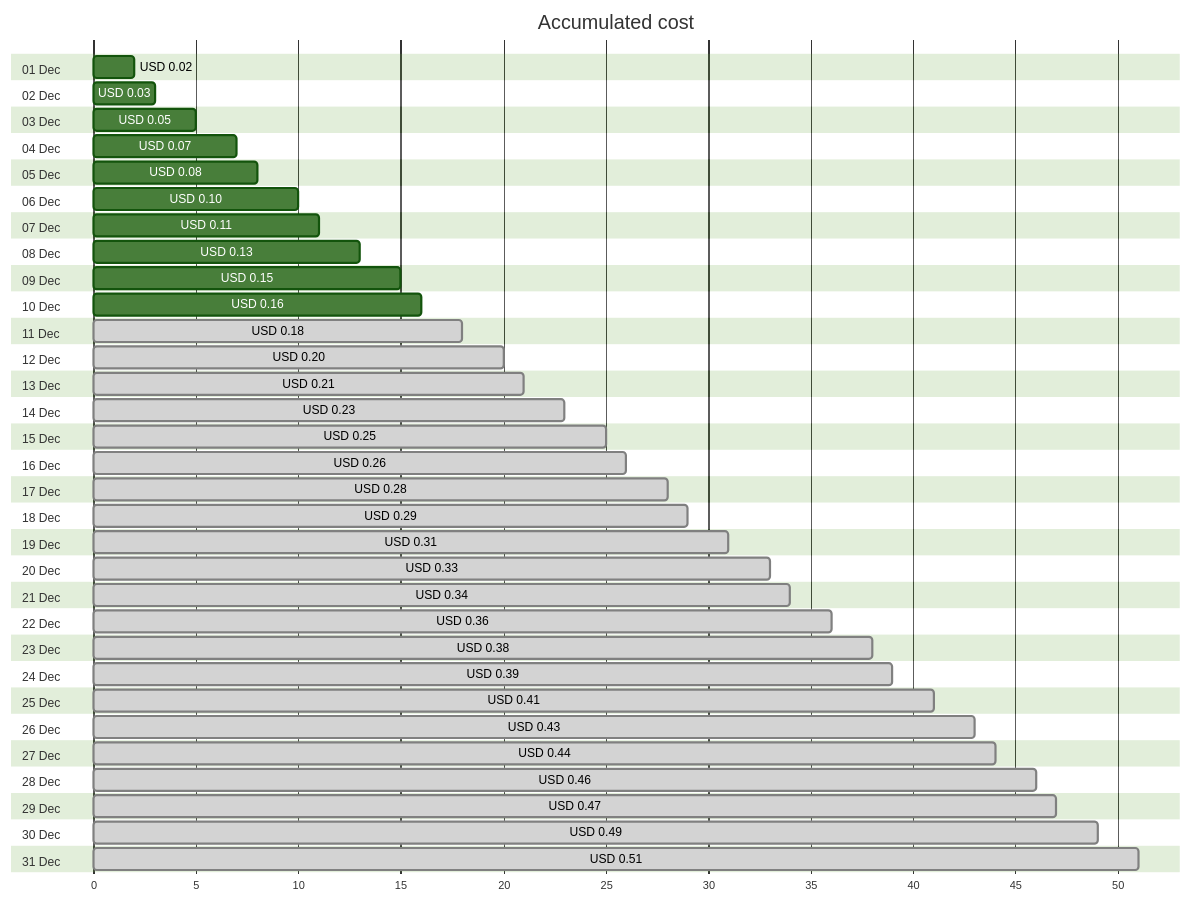
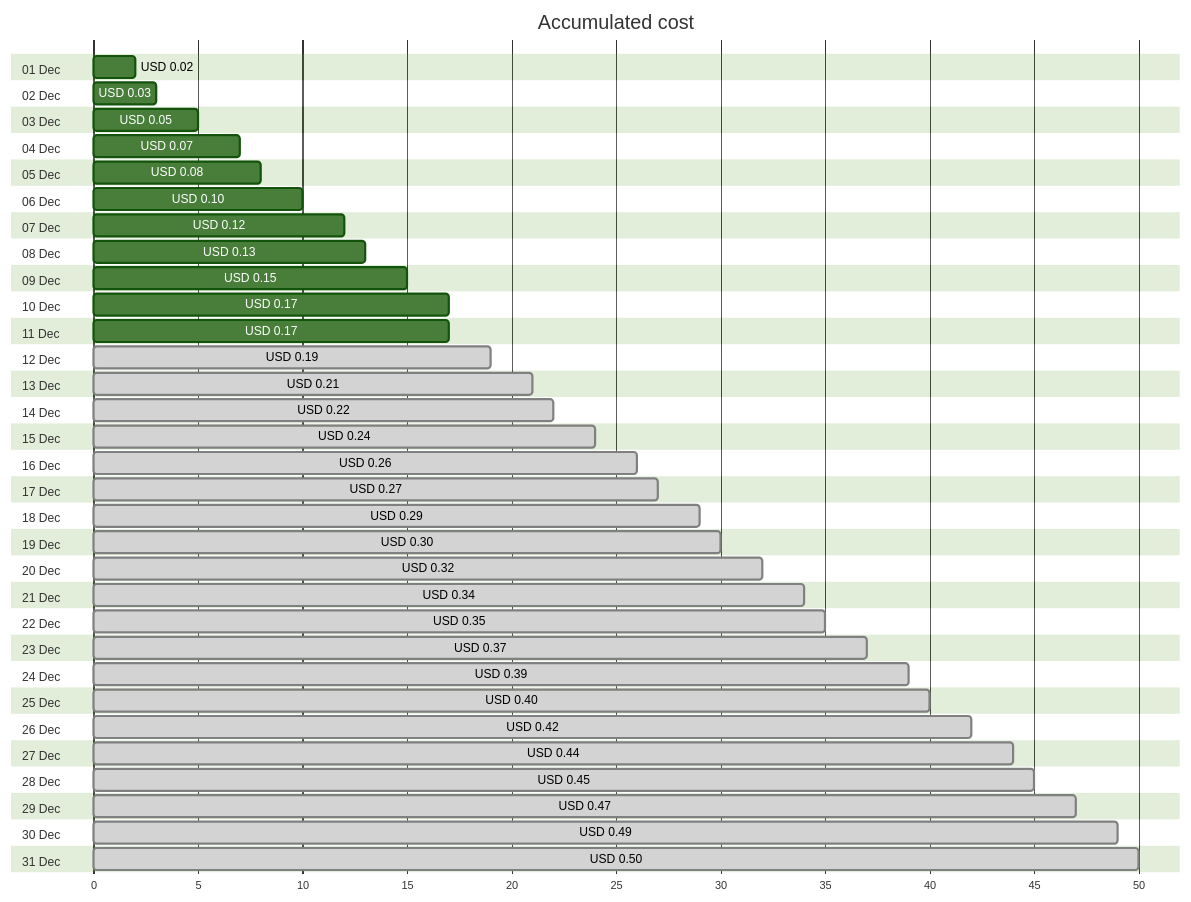
One commit to jpfulton/azure-personal-reports changed the first of 4 diagrams in cost-reports/personal-dns/jpatrickfulton.dev.md. Above: the diagram before and after it, drawn with Mermaid (forest theme). The commit also changed other lines of this file and 2 other files, not shown here.

Commit message:
Generated reports [skip ci]

````diff
--- a/cost-reports/personal-dns/jpatrickfulton.dev.md
+++ b/cost-reports/personal-dns/jpatrickfulton.dev.md
@@ -20,68 +20,68 @@
 ```mermaid
 gantt
    title Accumulated cost
    dateFormat  X
    axisFormat %s
    section 01 Dec
    USD 0.02 :0, 2
    section 02 Dec
    USD 0.03 :0, 3
    section 03 Dec
    USD 0.05 :0, 5
    section 04 Dec
    USD 0.07 :0, 7
    section 05 Dec
    USD 0.08 :0, 8
    section 06 Dec
    USD 0.10 :0, 10
    section 07 Dec
-   USD 0.11 :0, 11
+   USD 0.12 :0, 12
    section 08 Dec
    USD 0.13 :0, 13
    section 09 Dec
    USD 0.15 :0, 15
    section 10 Dec
-   USD 0.16 :0, 16
+   USD 0.17 :0, 17
    section 11 Dec
-   USD 0.18 : done, 0, 18
+   USD 0.17 :0, 17
    section 12 Dec
-   USD 0.20 : done, 0, 20
+   USD 0.19 : done, 0, 19
    section 13 Dec
    USD 0.21 : done, 0, 21
    section 14 Dec
-   USD 0.23 : done, 0, 23
+   USD 0.22 : done, 0, 22
    section 15 Dec
-   USD 0.25 : done, 0, 25
+   USD 0.24 : done, 0, 24
    section 16 Dec
    USD 0.26 : done, 0, 26
    section 17 Dec
-   USD 0.28 : done, 0, 28
+   USD 0.27 : done, 0, 27
    section 18 Dec
    USD 0.29 : done, 0, 29
    section 19 Dec
-   USD 0.31 : done, 0, 31
+   USD 0.30 : done, 0, 30
    section 20 Dec
-   USD 0.33 : done, 0, 33
+   USD 0.32 : done, 0, 32
    section 21 Dec
    USD 0.34 : done, 0, 34
    section 22 Dec
-   USD 0.36 : done, 0, 36
+   USD 0.35 : done, 0, 35
    section 23 Dec
-   USD 0.38 : done, 0, 38
+   USD 0.37 : done, 0, 37
    section 24 Dec
    USD 0.39 : done, 0, 39
    section 25 Dec
-   USD 0.41 : done, 0, 41
+   USD 0.40 : done, 0, 40
    section 26 Dec
-   USD 0.43 : done, 0, 43
+   USD 0.42 : done, 0, 42
    section 27 Dec
    USD 0.44 : done, 0, 44
    section 28 Dec
-   USD 0.46 : done, 0, 46
+   USD 0.45 : done, 0, 45
    section 29 Dec
    USD 0.47 : done, 0, 47
    section 30 Dec
    USD 0.49 : done, 0, 49
    section 31 Dec
-   USD 0.51 : done, 0, 51
+   USD 0.50 : done, 0, 50
 ```
````
